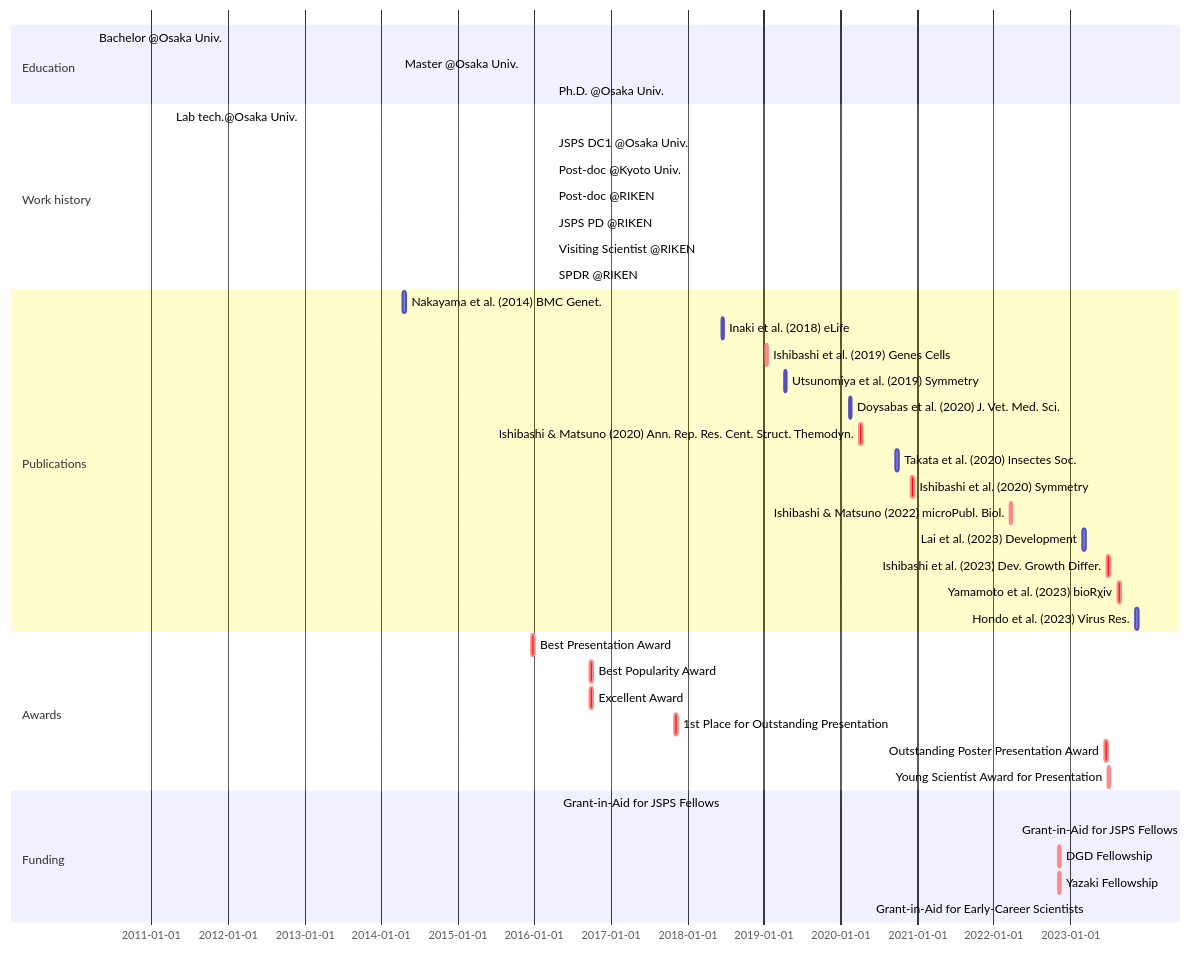
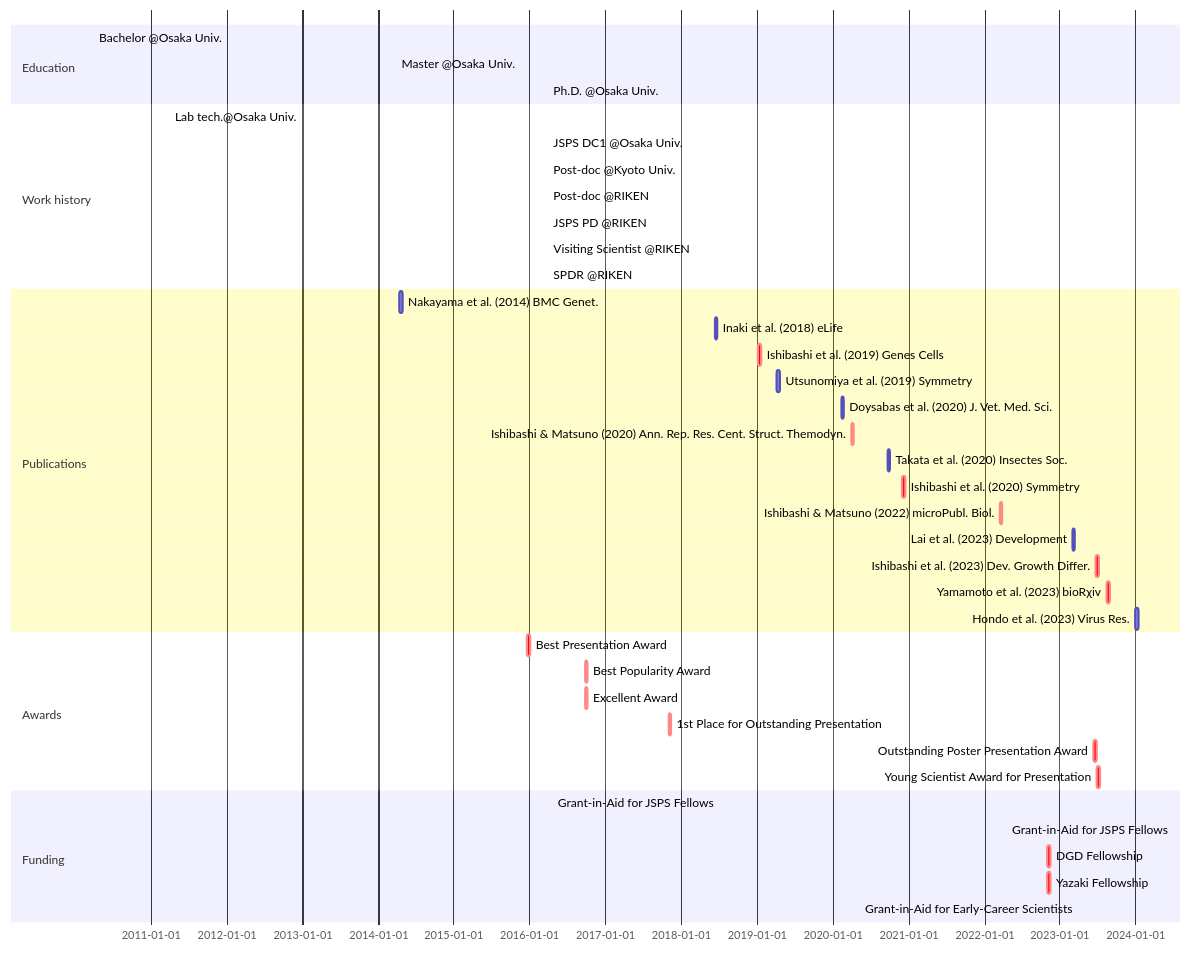
Before and after one commit to ishibaki/ishibaki.github.io: the diagram in _includes/mermaid-cv.md, drawn with Mermaid.

````diff
--- a/_includes/mermaid-cv.md
+++ b/_includes/mermaid-cv.md
@@ -1,42 +1,42 @@
 ```mermaid
 gantt
 section Education
   Bachelor @Osaka Univ. : BS, 2010-04-01, 2014-03-25
   Master @Osaka Univ.   : MS, 2014-04-01, 2016-03-28
   Ph.D. @Osaka Univ.    : Ph.D., 2016-04-01, 2019-03-25
 section Work history
   Lab tech.@Osaka Univ.     : done, OU-tech, 2011-04-01, 2012-03-31
   JSPS DC1 @Osaka Univ.     : done, DC1, 2016-04-01, 2019-03-31
   Post-doc @Kyoto Univ.     : done, KU-postdoc, after DC1, 2021-04-30
   Post-doc @RIKEN           : done, RIKEN-postdoc, after KU-postdoc, 2022-03-31
   JSPS PD @RIKEN            : done, PD, after RIKEN-postdoc, 2023-03-31
   Visiting Scientist @RIKEN : done, Visit-Sci, after RIKEN-postdoc, 2023-03-31
   SPDR @RIKEN               : active, SPDR, after PD, 2026-03-31
 section Publications
   Nakayama et al. (2014) BMC Genet.           :       nakayama2014, 2014-04-16, 2w
   Inaki et al. (2018) eLife                   :       inaki2018, 2018-06-12, 2w
   Ishibashi et al. (2019) Genes Cells         : crit, ishibashi2019, 2019-01-09, 2w
   Utsunomiya et al. (2019) Symmetry           :       utsunomiya2019, 2019-04-08, 2w
   Doysabas et al. (2020) J. Vet. Med. Sci.    :       doysabas2020, 2020-02-12, 2w
   Ishibashi & Matsuno (2020) Ann. Rep. Res. Cent. Struct. Themodyn. : crit, ishibashi2020a, 2020-04-01, 2w
   Takata et al. (2020) Insectes Soc.          :       takata2020, 2020-09-22, 2w
   Ishibashi et al. (2020) Symmetry            : crit, ishibashi2020b, 2020-12-02, 2w
   Ishibashi & Matsuno (2022) microPubl. Biol. : crit, ishibashi2022, 2022-03-18, 2w
   Lai et al. (2023) Development               :       lai2023, 2023-03-02, 2w
   Ishibashi et al. (2023) Dev. Growth Differ. : crit, ishibashi2023, 2023-06-25, 2w
   Yamamoto et al. (2023) bioRχiv              : crit, yamamoto2023, 2023-08-16, 2w
-  Hondo et al. (2023) Virus Res.              :       hondo2023, 2023-11-10, 2w
+  Hondo et al. (2023) Virus Res.              :       hondo2024, 2024-01-02, 2w
 section Awards
   Best Presentation Award                  : crit, aw_1, 2015-12-20, 2w
   Best Popularity Award                    : crit, aw_2, 2016-09-25, 2w
   Excellent Award                          : crit, aw_3, 2016-09-25, 2w
   1st Place for Outstanding Presentation   : crit, aw_4, 2017-11-01, 2w
   Outstanding Poster Presentation Award    : crit, aw_5, 2023-06-15, 2w
   Young Scientist Award for Presentation   : crit, aw_6, 2023-06-29, 2w
 section Funding
   Grant-in-Aid for JSPS Fellows : done, grant_DC1, 2016-04-22, 2019-03-31
   Grant-in-Aid for JSPS Fellows : active, grant_PD, 2022-04-22, 2025-03-31
   DGD Fellowship:                 crit, dgd_fellowship, 2022-11-04, 2w
   Yazaki Fellowship:              crit, yazaki_fellowship, 2022-11-04, 2w
   Grant-in-Aid for Early-Career Scientists : active, grant_ecs2023, 2023-04-01, 2026-03-31
 ```
````
